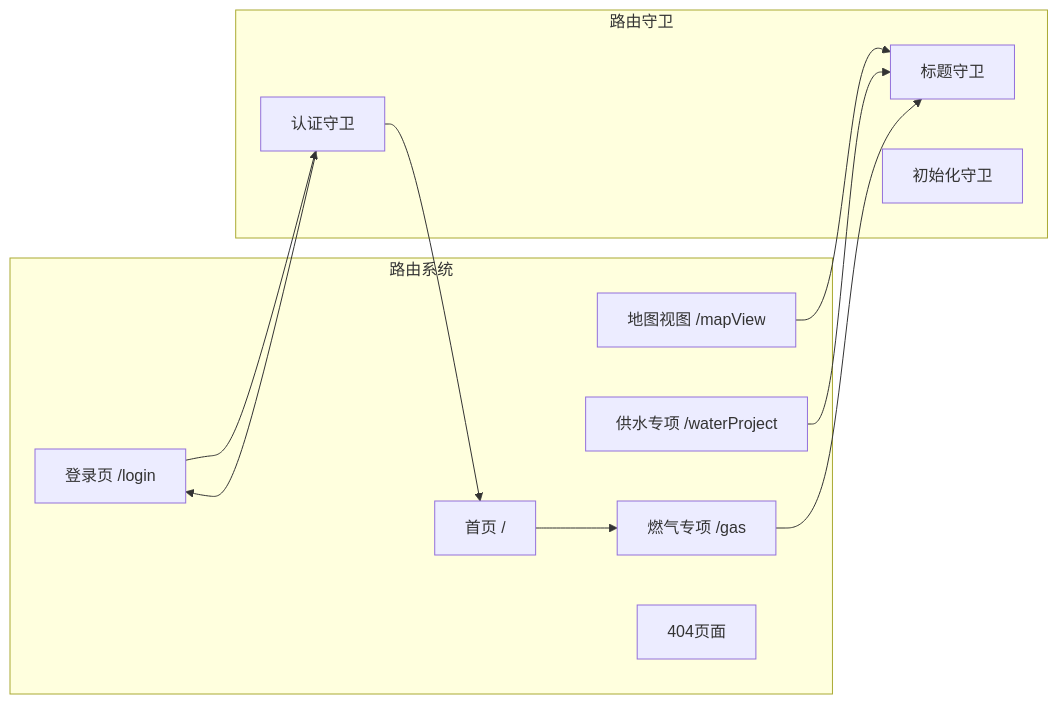
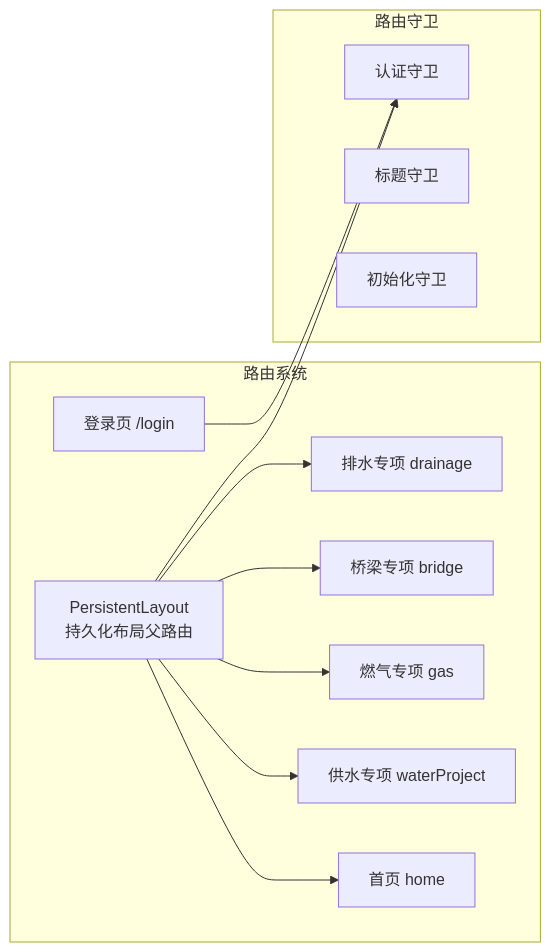
One commit to zhibo1997/government-dashboard changed the third of 14 diagrams in .qoder/repowiki/zh/content/核心组件架构/核心组件架构.md. Above: the diagram before and after it, drawn with Mermaid. The commit also changed other lines of this file and 28 other files, not shown here.

````diff
--- a/.qoder/repowiki/zh/content/核心组件架构/核心组件架构.md
+++ b/.qoder/repowiki/zh/content/核心组件架构/核心组件架构.md
@@ -116,23 +126,24 @@
 ```mermaid
 graph LR
 subgraph "路由系统"
-Home[首页 /]
 Login[登录页 /login]
-MapView[地图视图 /mapView]
-WaterSupply[供水专项 /waterProject]
-GasModule[燃气专项 /gas]
-NotFound[404页面]
+PersistentLayout[PersistentLayout<br/>持久化布局父路由]
+Home[首页 home]
+WaterSupply[供水专项 waterProject]
+GasModule[燃气专项 gas]
+BridgeModule[桥梁专项 bridge]
+DrainageModule[排水专项 drainage]
 end
 subgraph "路由守卫"
 AuthGuard[认证守卫]
 TitleGuard[标题守卫]
 InitGuard[初始化守卫]
 end
-Home --> GasModule
 Login --> AuthGuard
-MapView --> TitleGuard
-WaterSupply --> TitleGuard
-GasModule --> TitleGuard
-AuthGuard --> Login
-AuthGuard --> Home
+PersistentLayout --> Home
+PersistentLayout --> WaterSupply
+PersistentLayout --> GasModule
+PersistentLayout --> BridgeModule
+PersistentLayout --> DrainageModule
+PersistentLayout --> AuthGuard
 ```
````
